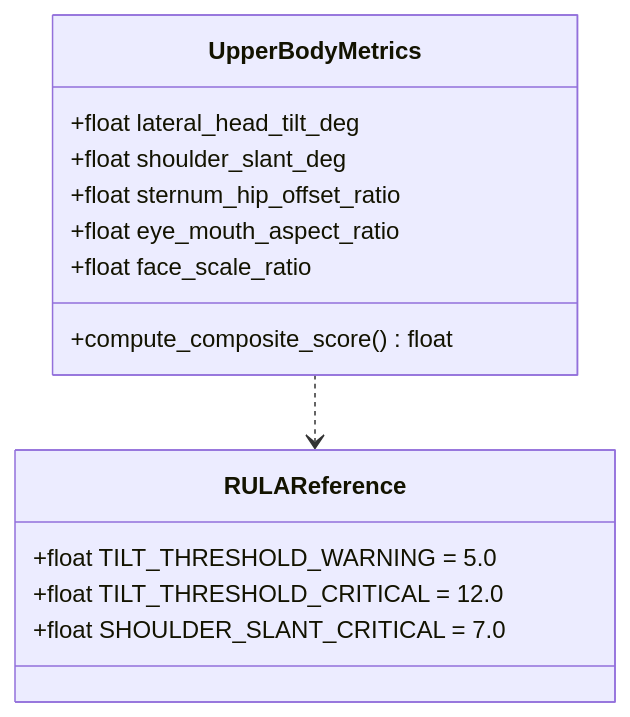
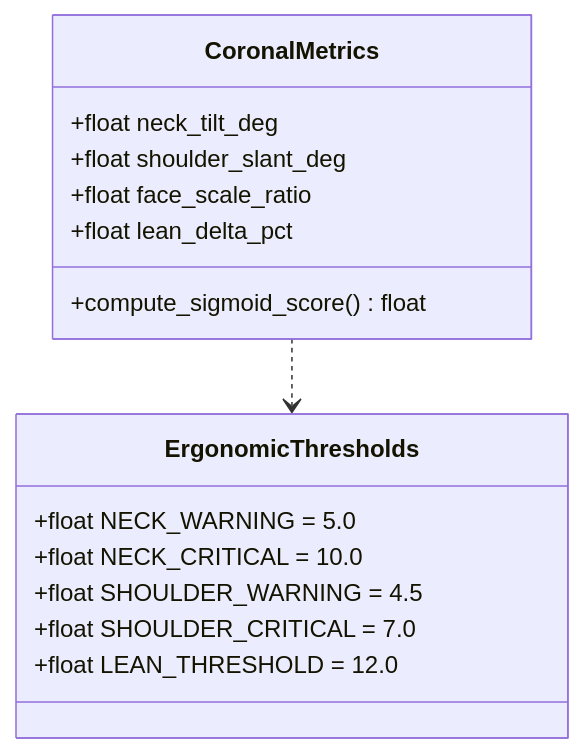
One commit to porchyy/off changed the second of 3 diagrams in REDESIGN_MASTER_PLAN.md. Above: the diagram before and after it, drawn with Mermaid. The commit also changed other lines of this file, not shown here.

````diff
--- a/REDESIGN_MASTER_PLAN.md
+++ b/REDESIGN_MASTER_PLAN.md
@@ -250,17 +238,18 @@
 ```mermaid
 classDiagram
-    class UpperBodyMetrics {
-        +float lateral_head_tilt_deg
+    class CoronalMetrics {
+        +float neck_tilt_deg
         +float shoulder_slant_deg
-        +float sternum_hip_offset_ratio
-        +float eye_mouth_aspect_ratio
         +float face_scale_ratio
-        +compute_composite_score() float
+        +float lean_delta_pct
+        +compute_sigmoid_score() float
     }
-    class RULAReference {
-        +float TILT_THRESHOLD_WARNING = 5.0
-        +float TILT_THRESHOLD_CRITICAL = 12.0
-        +float SHOULDER_SLANT_CRITICAL = 7.0
+    class ErgonomicThresholds {
+        +float NECK_WARNING = 5.0
+        +float NECK_CRITICAL = 10.0
+        +float SHOULDER_WARNING = 4.5
+        +float SHOULDER_CRITICAL = 7.0
+        +float LEAN_THRESHOLD = 12.0
     }
-    UpperBodyMetrics ..> RULAReference
+    CoronalMetrics ..> ErgonomicThresholds
 ```
````
